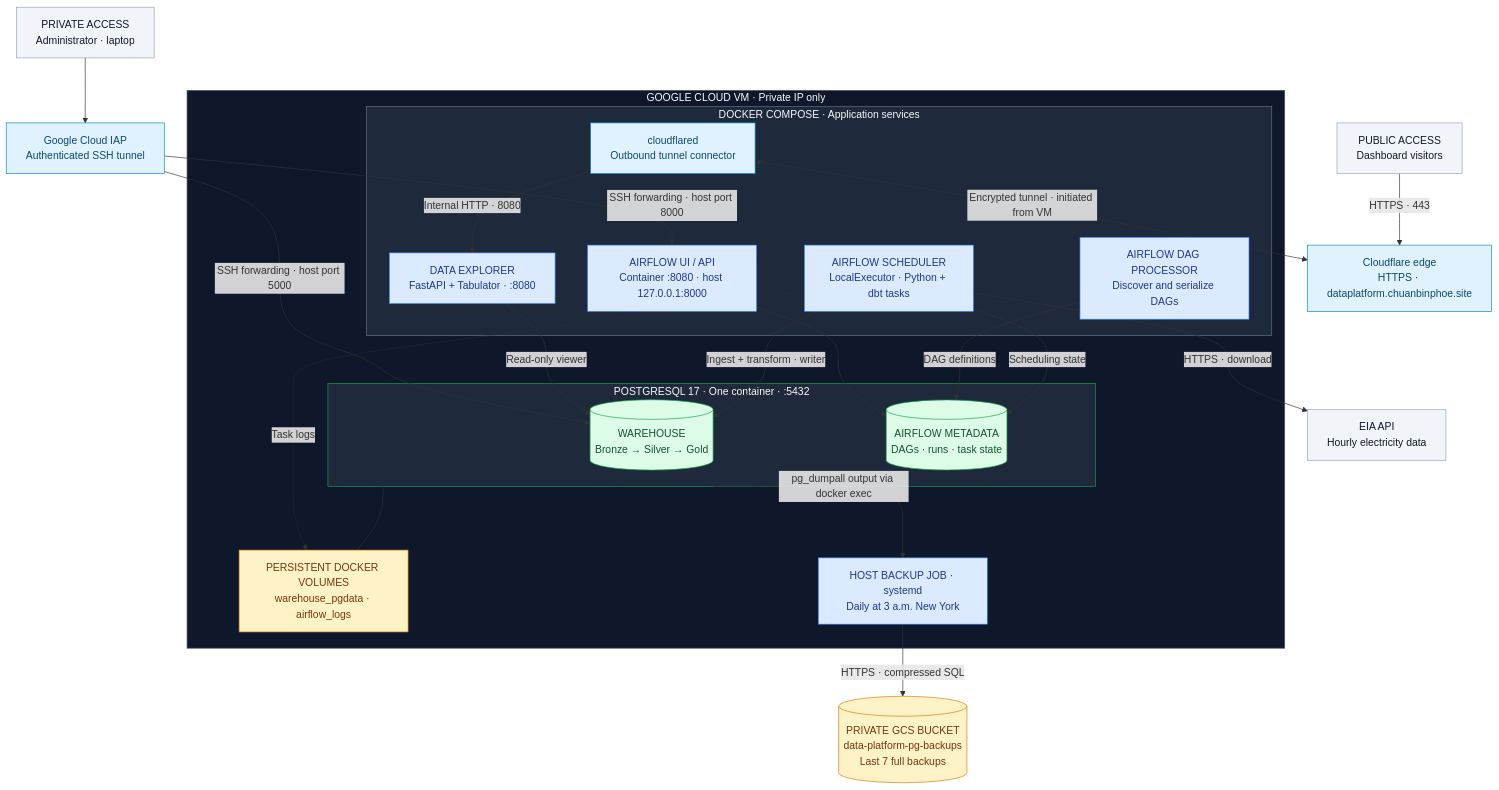
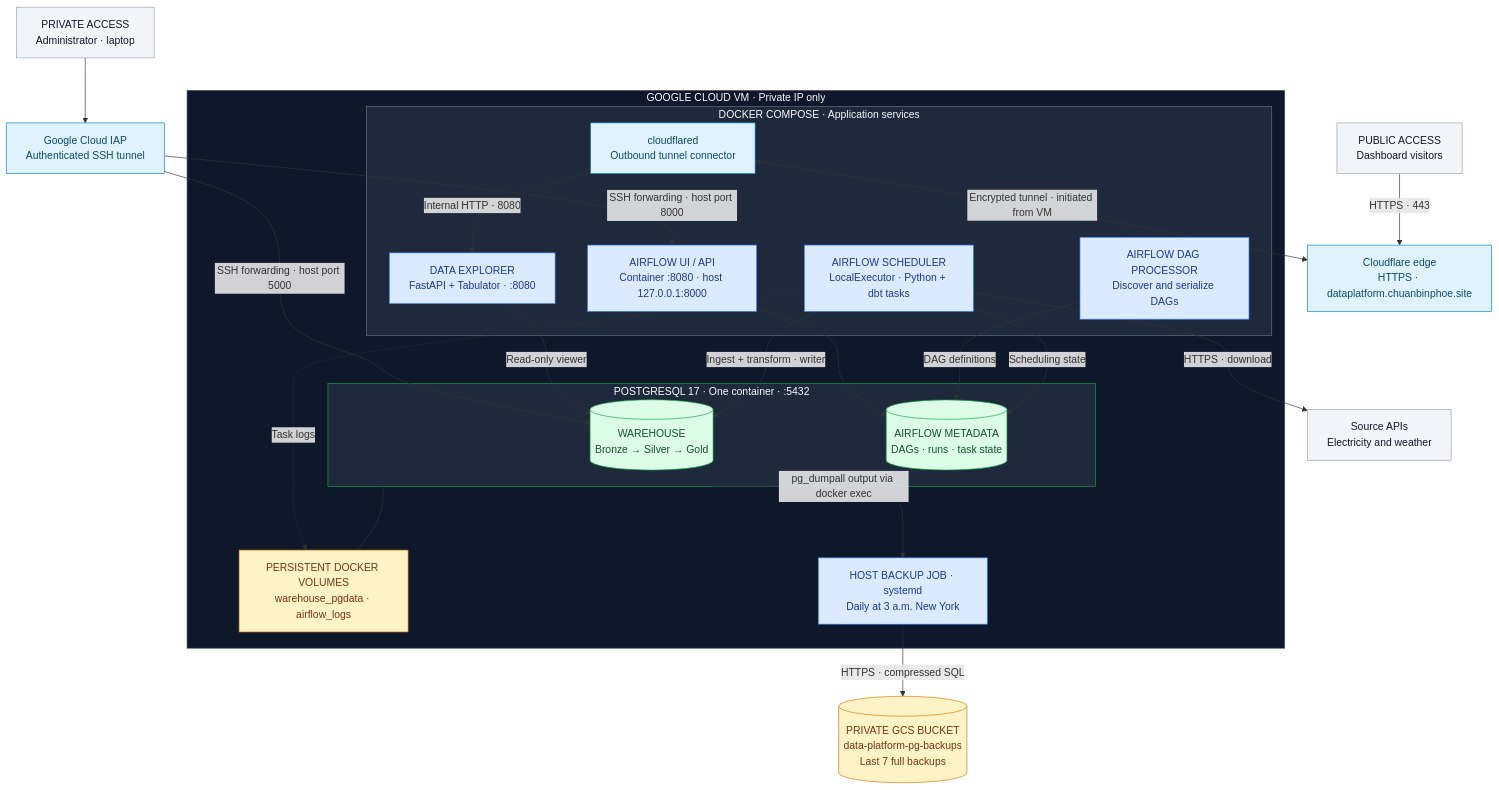
Before and after one commit to chuanbinp/data-platform: the first of 3 diagrams in README.md, drawn with Mermaid. The commit also changed other lines of this file and 28 other files, not shown here.

Commit message:
Add weather data

````diff
--- a/README.md
+++ b/README.md
@@ -46,56 +49,56 @@
 ```mermaid
 flowchart TB
     visitor["PUBLIC ACCESS<br/>Dashboard visitors"]
     edge["Cloudflare edge<br/>HTTPS · dataplatform.chuanbinphoe.site"]
     admin["PRIVATE ACCESS<br/>Administrator · laptop"]
     iap["Google Cloud IAP<br/>Authenticated SSH tunnel"]
-    eia["EIA API<br/>Hourly electricity data"]
+    sources["Source APIs<br/>Electricity and weather"]
     backups[("PRIVATE GCS BUCKET<br/>data-platform-pg-backups<br/>Last 7 full backups")]
 
     subgraph vm["GOOGLE CLOUD VM · Private IP only"]
         subgraph services["DOCKER COMPOSE · Application services"]
             connector["cloudflared<br/>Outbound tunnel connector"]
             dashboard["DATA EXPLORER<br/>FastAPI + Tabulator · :8080"]
             api["AIRFLOW UI / API<br/>Container :8080 · host 127.0.0.1:8000"]
             scheduler["AIRFLOW SCHEDULER<br/>LocalExecutor · Python + dbt tasks"]
             processor["AIRFLOW DAG PROCESSOR<br/>Discover and serialize DAGs"]
         end
         subgraph database["POSTGRESQL 17 · One container · :5432"]
             warehouse[("WAREHOUSE<br/>Bronze → Silver → Gold")]
             metadata[("AIRFLOW METADATA<br/>DAGs · runs · task state")]
         end
         storage["PERSISTENT DOCKER VOLUMES<br/>warehouse_pgdata · airflow_logs"]
         backup["HOST BACKUP JOB · systemd<br/>Daily at 3 a.m. New York"]
     end
 
     visitor -->|HTTPS · 443| edge
     connector <-->|Encrypted tunnel · initiated from VM| edge
     connector -->|Internal HTTP · 8080| dashboard
     admin --> iap
     iap -->|SSH forwarding · host port 8000| api
     iap -->|SSH forwarding · host port 5000| warehouse
     dashboard -->|Read-only viewer| warehouse
     api --> metadata
     processor -->|DAG definitions| metadata
     scheduler -->|Scheduling state| metadata
-    scheduler -->|HTTPS · download| eia
+    scheduler -->|HTTPS · download| sources
     scheduler -->|Ingest + transform · writer| warehouse
     database --- storage
     database -->|pg_dumpall output via docker exec| backup
     backup -->|HTTPS · compressed SQL| backups
     scheduler -. Task logs .-> storage
 
     classDef external fill:#f1f5f9,stroke:#94a3b8,color:#0f172a
     classDef access fill:#e0f2fe,stroke:#0284c7,color:#0c4a6e
     classDef app fill:#dbeafe,stroke:#3b82f6,color:#1e3a8a
     classDef data fill:#dcfce7,stroke:#16a34a,color:#14532d
     classDef disk fill:#fef3c7,stroke:#d97706,color:#78350f
-    class visitor,admin,eia external
+    class visitor,admin,sources external
     class edge,iap,connector access
     class dashboard,api,scheduler,processor,backup app
     class warehouse,metadata data
     class storage,backups disk
     style vm fill:#0f172a,stroke:#475569,color:#f8fafc
     style services fill:#1e293b,stroke:#64748b,color:#f8fafc
     style database fill:#1e293b,stroke:#16a34a,color:#f8fafc
 ```
````
